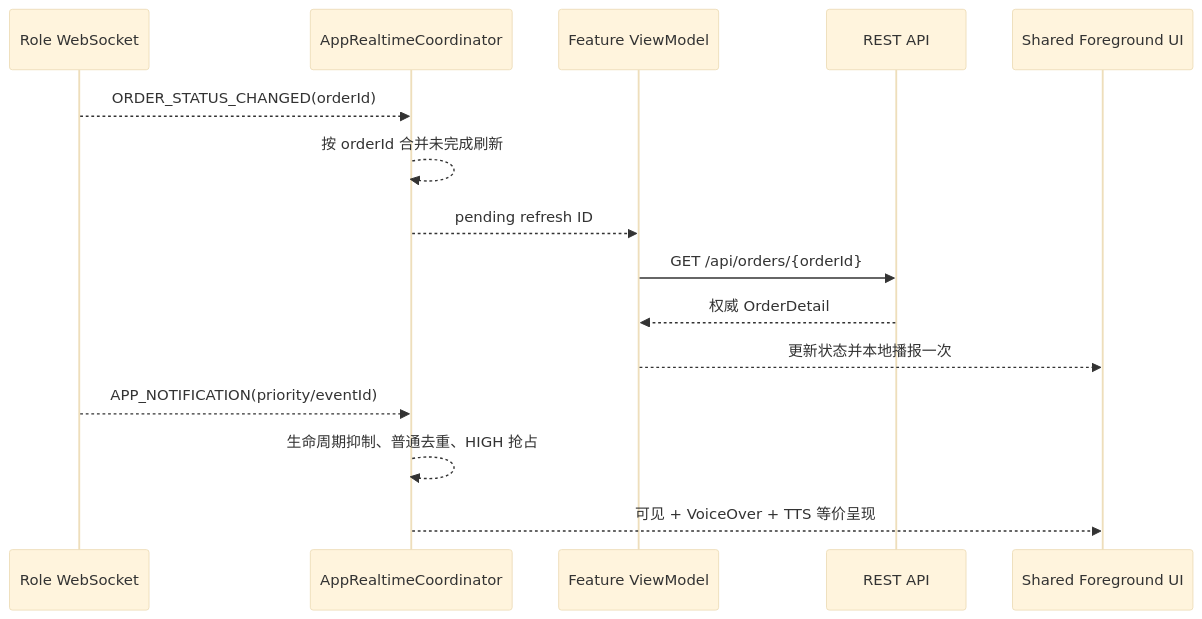
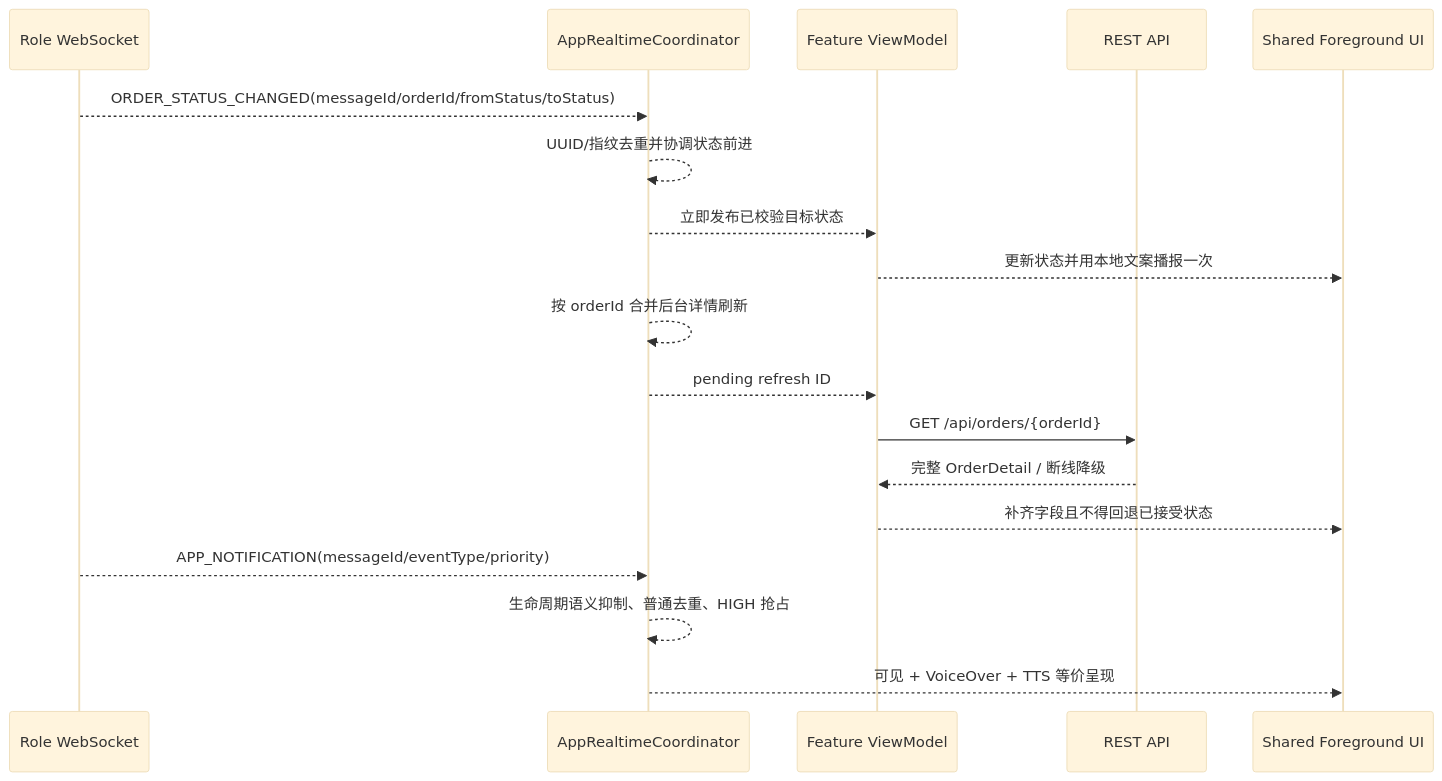
Before and after one commit to Jayden23018/blind-run-ios: the eighth of 8 diagrams in docs/04-user-flows-and-state-machine.md, drawn with Mermaid (base theme). The commit also changed other lines of this file and 55 other files, not shown here.

Commit message:
Improve iOS app cloud integration and user flows

````diff
--- a/docs/04-user-flows-and-state-machine.md
+++ b/docs/04-user-flows-and-state-machine.md
@@ -309,19 +309,22 @@
 ```mermaid
 sequenceDiagram
     participant WS as Role WebSocket
     participant ARC as AppRealtimeCoordinator
     participant VM as Feature ViewModel
     participant REST as REST API
     participant UI as Shared Foreground UI
 
-    WS-->>ARC: ORDER_STATUS_CHANGED(orderId)
-    ARC-->>ARC: 按 orderId 合并未完成刷新
+    WS-->>ARC: ORDER_STATUS_CHANGED(messageId/orderId/fromStatus/toStatus)
+    ARC-->>ARC: UUID/指纹去重并协调状态前进
+    ARC-->>VM: 立即发布已校验目标状态
+    VM-->>UI: 更新状态并用本地文案播报一次
+    ARC-->>ARC: 按 orderId 合并后台详情刷新
     ARC-->>VM: pending refresh ID
     VM->>REST: GET /api/orders/{orderId}
-    REST-->>VM: 权威 OrderDetail
-    VM-->>UI: 更新状态并本地播报一次
+    REST-->>VM: 完整 OrderDetail / 断线降级
+    VM-->>UI: 补齐字段且不得回退已接受状态
 
-    WS-->>ARC: APP_NOTIFICATION(priority/eventId)
-    ARC-->>ARC: 生命周期抑制、普通去重、HIGH 抢占
+    WS-->>ARC: APP_NOTIFICATION(messageId/eventType/priority)
+    ARC-->>ARC: 生命周期语义抑制、普通去重、HIGH 抢占
     ARC-->>UI: 可见 + VoiceOver + TTS 等价呈现
 ```
````
